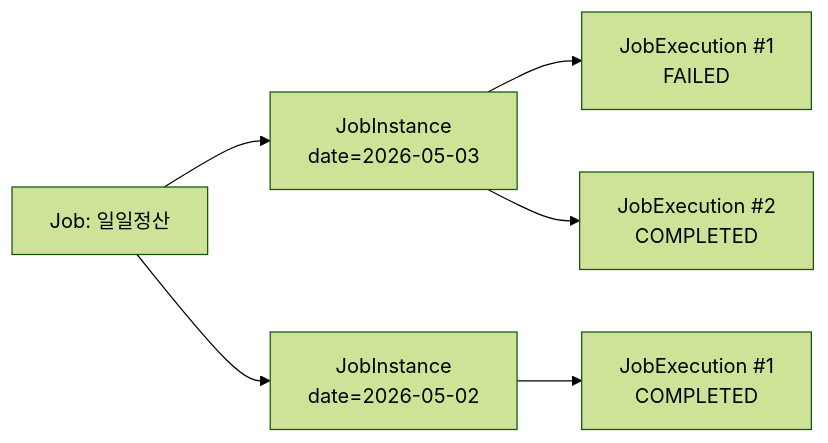
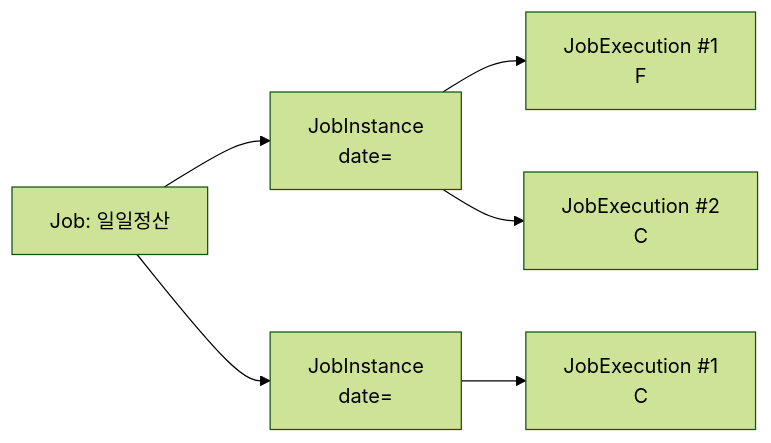
One commit to yjkim2015/yjkim2015.github.io changed the second of 5 diagrams in _posts/batch/2026-05-03-spring-batch-fundamentals.md. Above: the diagram before and after it, drawn with Mermaid (forest theme). The commit also changed other lines of this file and 271 other files, not shown here.

First line of the commit message:
Mermaid 라벨 축소: 긴 노드 텍스트 18자 이하로 트림 + \n 제거

````diff
--- a/_posts/batch/2026-05-03-spring-batch-fundamentals.md
+++ b/_posts/batch/2026-05-03-spring-batch-fundamentals.md
@@ -60,8 +60,8 @@
 ```mermaid
 flowchart LR
-    A["Job: 일일정산"] --> B["JobInstance\ndate=2026-05-03"]
-    A --> C["JobInstance\ndate=2026-05-02"]
-    B --> D["JobExecution #1\nFAILED"]
-    B --> E["JobExecution #2\nCOMPLETED"]
-    C --> F["JobExecution #1\nCOMPLETED"]
+    A["Job: 일일정산"] --> B["JobInstance\ndate="]
+    A --> C["JobInstance\ndate="]
+    B --> D["JobExecution #1\nF"]
+    B --> E["JobExecution #2\nC"]
+    C --> F["JobExecution #1\nC"]
 ```
````
